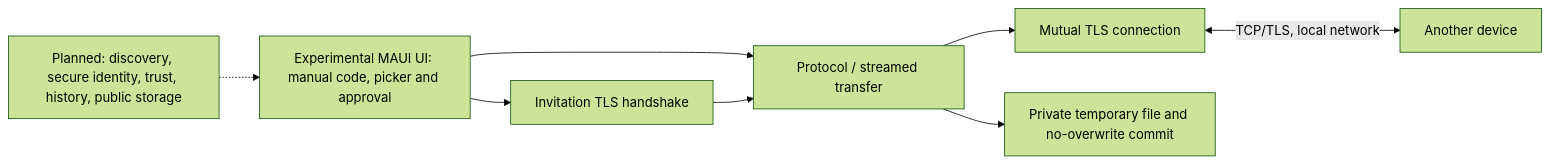
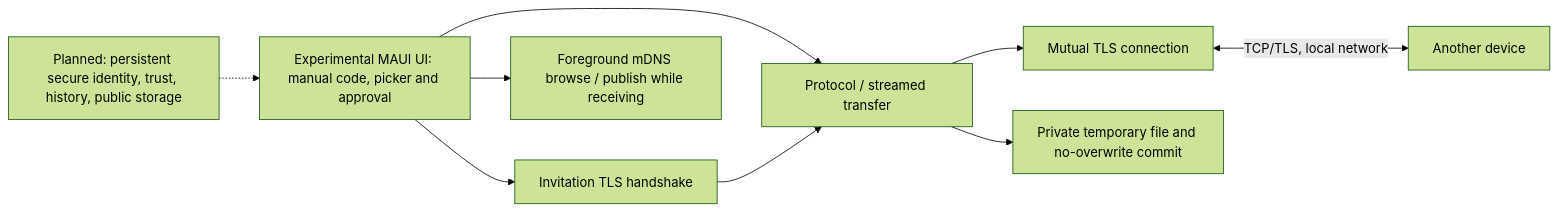
Before and after one commit to godrich-hk/netconnect: the first of 2 diagrams in docs/ARCHITECTURE.md, drawn with Mermaid (forest theme). The commit also changed other lines of this file and 4 other files, not shown here.

````diff
--- a/docs/ARCHITECTURE.md
+++ b/docs/ARCHITECTURE.md
@@ -5,10 +5,11 @@
 ```mermaid
 flowchart LR
   UI["Experimental MAUI UI: manual code, picker and approval"] --> PAIR["Invitation TLS handshake"]
   UI --> CORE["Protocol / streamed transfer"]
   PAIR --> CORE
   CORE --> TLS["Mutual TLS connection"]
   CORE --> STORE["Private temporary file and no-overwrite commit"]
   TLS <-->|"TCP/TLS, local network"| LAN["Another device"]
-  NEXT["Planned: discovery, secure identity, trust, history, public storage"] -.-> UI
+  UI --> DISC["Foreground mDNS browse / publish while receiving"]
+  NEXT["Planned: persistent secure identity, trust, history, public storage"] -.-> UI
 ```
````
